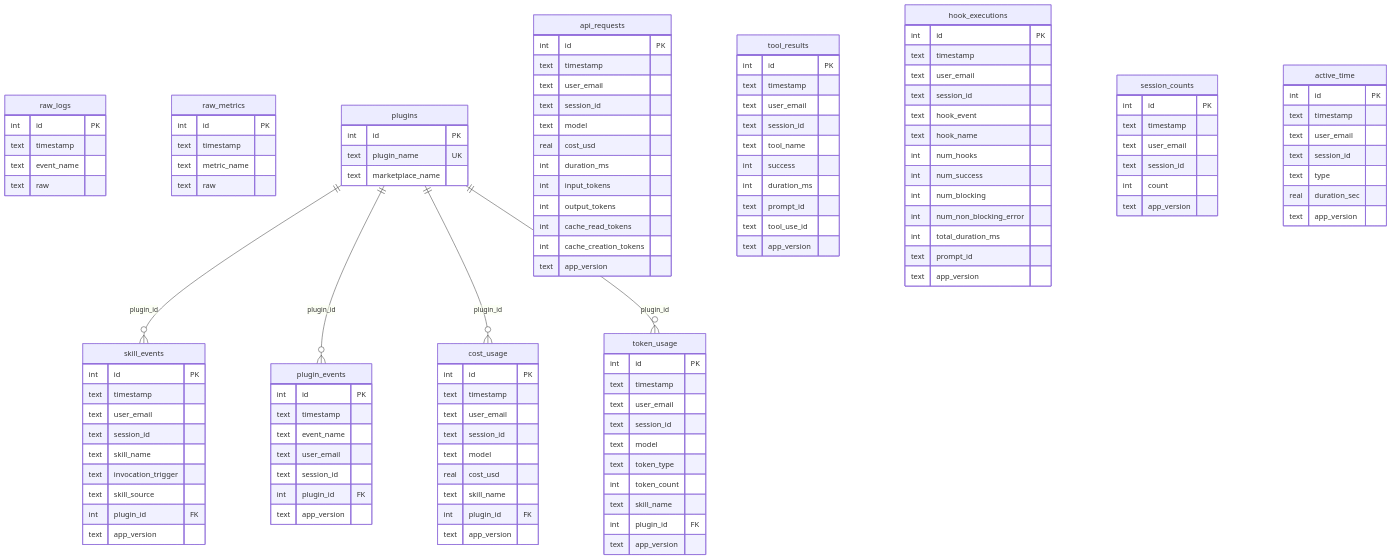
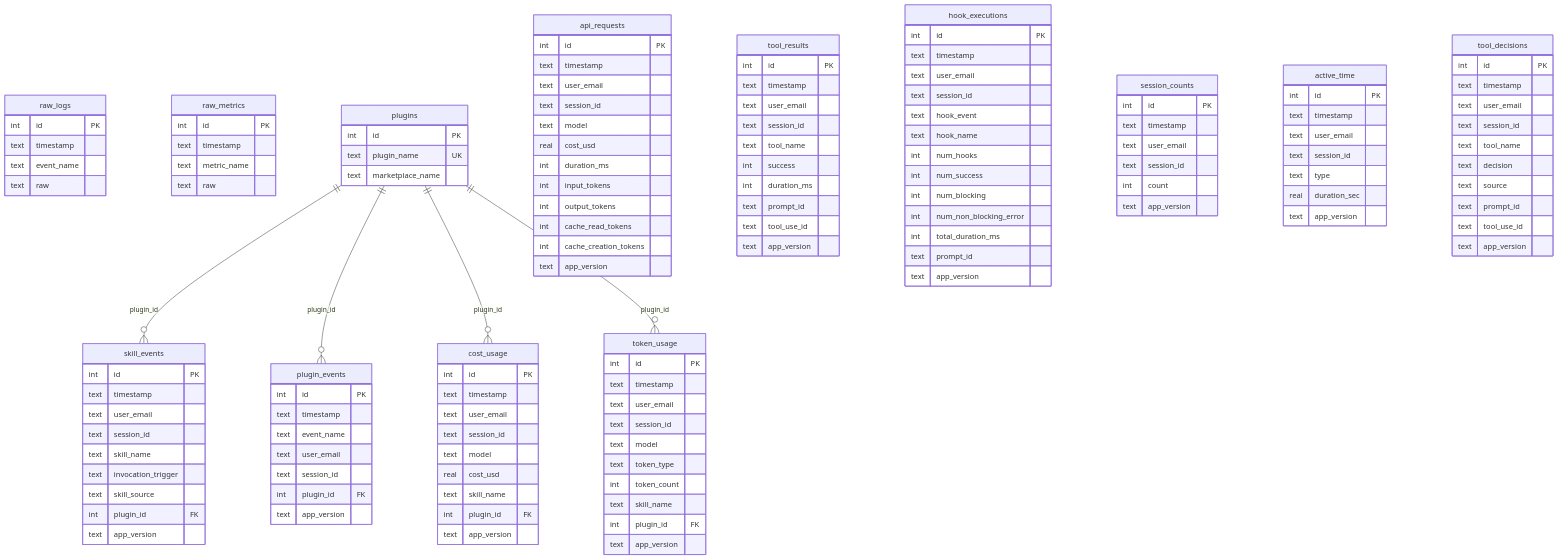
One commit to Suntory-N-Water/cc-monitor-worker changed the second of 2 diagrams in README.md. Above: the diagram before and after it, drawn with Mermaid. The commit also changed other lines of this file and 6 other files, not shown here.

First line of the commit message:
feat: tool_decision イベントの構造化テーブルを追加

````diff
--- a/README.md
+++ b/README.md
@@ -210,6 +211,19 @@
 
     plugins ||--o{ skill_events : "plugin_id"
     plugins ||--o{ plugin_events : "plugin_id"
+    tool_decisions {
+        int id PK
+        text timestamp
+        text user_email
+        text session_id
+        text tool_name
+        text decision
+        text source
+        text prompt_id
+        text tool_use_id
+        text app_version
+    }
+
     plugins ||--o{ cost_usage : "plugin_id"
     plugins ||--o{ token_usage : "plugin_id"
 ```
````
